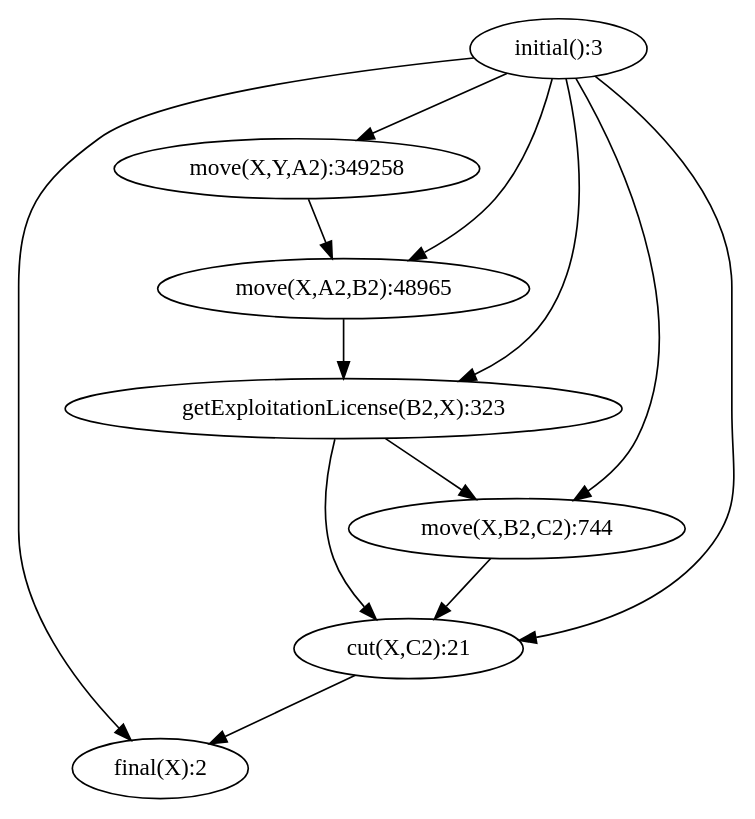
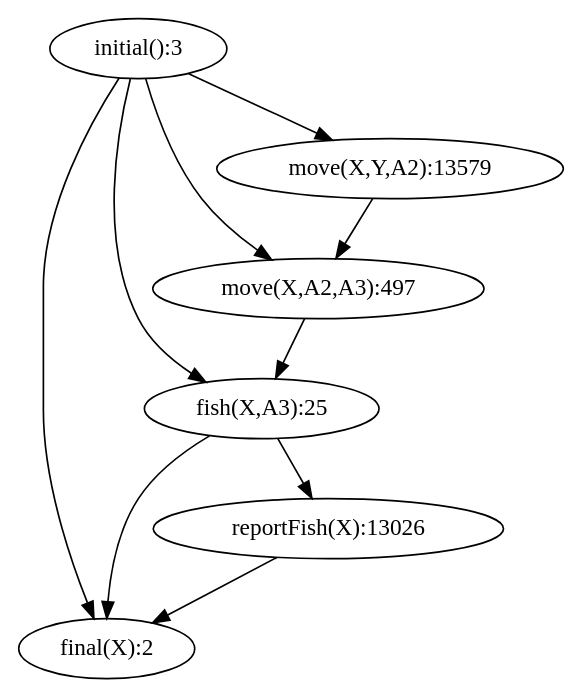
One commit to tokyramarozaka/mimosa-iriela-extension changed the diagram in output/overview.png.dot. Above: the diagram before and after it, drawn with Graphviz. The commit also changed 9 other files, not shown here.

```diff
--- a/output/overview.png.dot
+++ b/output/overview.png.dot
@@ -1,14 +1,11 @@
 digraph G { 
   "initial():3" -> "final(X):2";
-  "initial():3" -> "cut(X,C2):21";
-  "initial():3" -> "getExploitationLicense(B2,X):323";
-  "initial():3" -> "move(X,B2,C2):744";
-  "initial():3" -> "move(X,A2,B2):48965";
-  "initial():3" -> "move(X,Y,A2):349258";
-  "cut(X,C2):21" -> "final(X):2";
-  "getExploitationLicense(B2,X):323" -> "cut(X,C2):21";
-  "getExploitationLicense(B2,X):323" -> "move(X,B2,C2):744";
-  "move(X,B2,C2):744" -> "cut(X,C2):21";
-  "move(X,A2,B2):48965" -> "getExploitationLicense(B2,X):323";
-  "move(X,Y,A2):349258" -> "move(X,A2,B2):48965";
+  "initial():3" -> "fish(X,A3):25";
+  "initial():3" -> "move(X,A2,A3):497";
+  "initial():3" -> "move(X,Y,A2):13579";
+  "fish(X,A3):25" -> "final(X):2";
+  "fish(X,A3):25" -> "reportFish(X):13026";
+  "move(X,A2,A3):497" -> "fish(X,A3):25";
+  "reportFish(X):13026" -> "final(X):2";
+  "move(X,Y,A2):13579" -> "move(X,A2,A3):497";
 }
```
